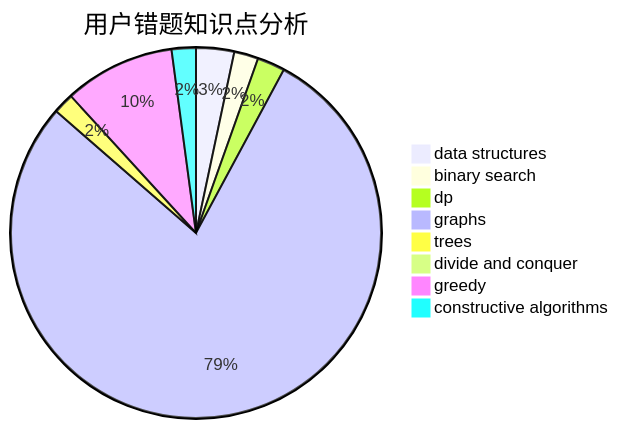
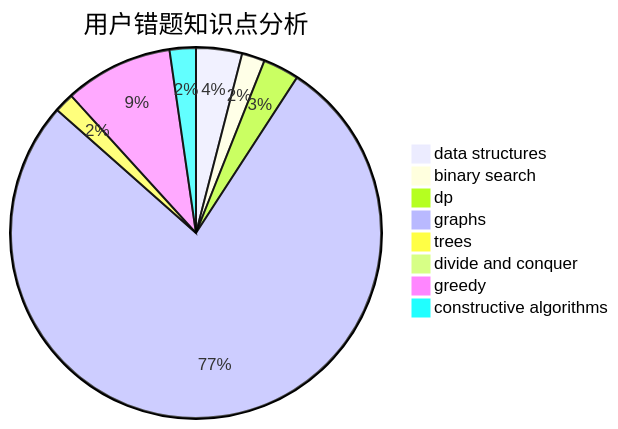
The third of 3 diagrams in docs/user/u34.md (sherpahu/cfrs.github.io), drawn with Mermaid before and after one commit. The commit also changed other lines of this file and 2770 other files, not shown here.

````diff
--- a/docs/user/u34.md
+++ b/docs/user/u34.md
@@ -36,11 +36,11 @@
 ```mermaid
 pie title 用户错题知识点分析
-    "data structures" :  11
+    "data structures" :  14
     "binary search" :  7
-    "dp" :  8
-    "graphs" :  260
+    "dp" :  11
+    "graphs" :  270
     "trees" :  6
-    "divide and conquer" :  0
-    "greedy" :  32
-    "constructive algorithms" :  7
+    "divide and conquer" :  3
+    "greedy" :  33
+    "constructive algorithms" :  8
 ```
````
